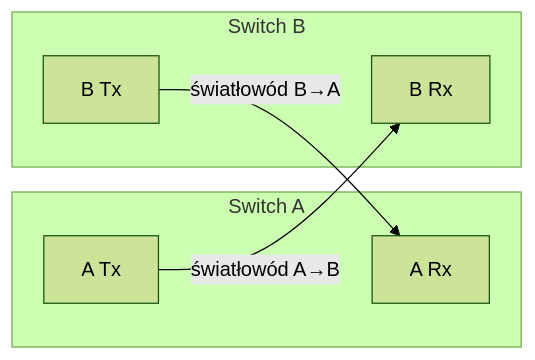
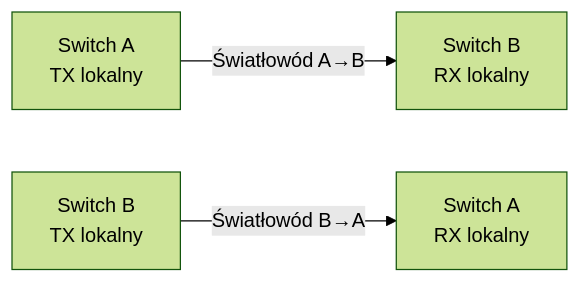
One commit to nelto79/jncip changed the second of 3 diagrams in docs/chapters/JUNOS_Rozdzial_05_Operational_Monitoring_and_Maintenance.md. Above: the diagram before and after it, drawn with Mermaid (forest theme). The commit also changed other lines of this file, not shown here.

```diff
--- a/docs/chapters/JUNOS_Rozdzial_05_Operational_Monitoring_and_Maintenance.md
+++ b/docs/chapters/JUNOS_Rozdzial_05_Operational_Monitoring_and_Maintenance.md
@@ -361,13 +312,5 @@
 ~~~mermaid
 flowchart LR
-  subgraph A["Switch A"]
-    ATX["A Tx"]
-    ARX["A Rx"]
-  end
-  subgraph B["Switch B"]
-    BTX["B Tx"]
-    BRX["B Rx"]
-  end
-  ATX -->|"światłowód A→B"| BRX
-  BTX -->|"światłowód B→A"| ARX
+  TXA["Switch A<br/>TX lokalny"] -->|"Światłowód A→B"| RXB["Switch B<br/>RX lokalny"]
+  TXB["Switch B<br/>TX lokalny"] -->|"Światłowód B→A"| RXA["Switch A<br/>RX lokalny"]
 ~~~
```
